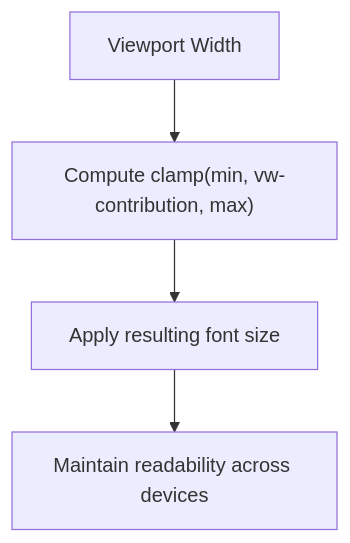
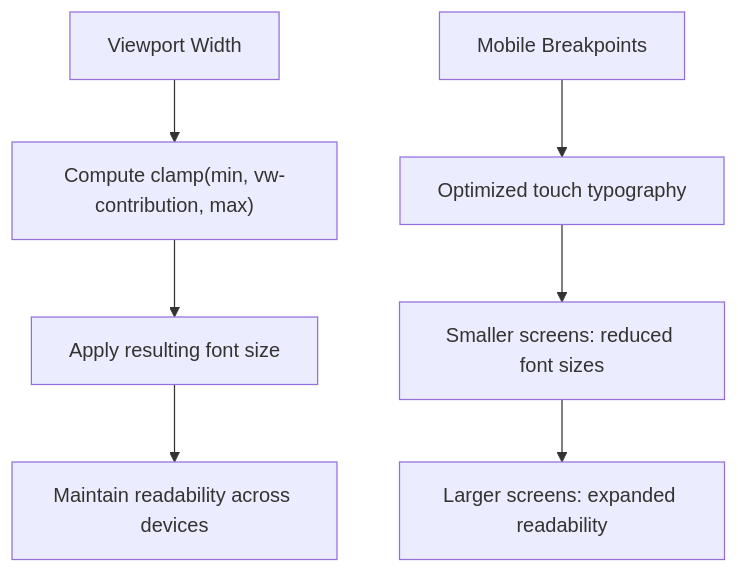
Before and after one commit to zhzhhyzh/yeepeng-website: the fourth of 7 diagrams in .qoder/repowiki/en/content/Styling Architecture.md, drawn with Mermaid. The commit also changed other lines of this file and 29 other files, not shown here.

````diff
--- a/.qoder/repowiki/en/content/Styling Architecture.md
+++ b/.qoder/repowiki/en/content/Styling Architecture.md
@@ -161,6 +192,9 @@
 ```mermaid
 flowchart TD
 A["Viewport Width"] --> B["Compute clamp(min, vw-contribution, max)"]
 B --> C["Apply resulting font size"]
 C --> D["Maintain readability across devices"]
+E["Mobile Breakpoints"] --> F["Optimized touch typography"]
+F --> G["Smaller screens: reduced font sizes"]
+G --> H["Larger screens: expanded readability"]
 ```
````
